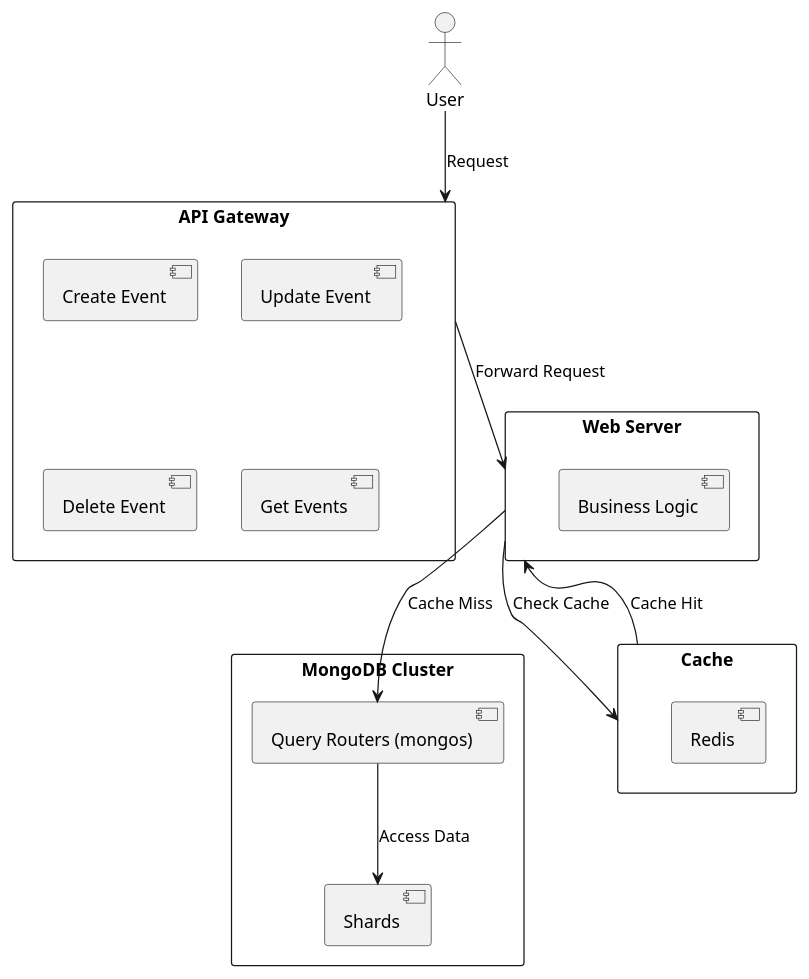
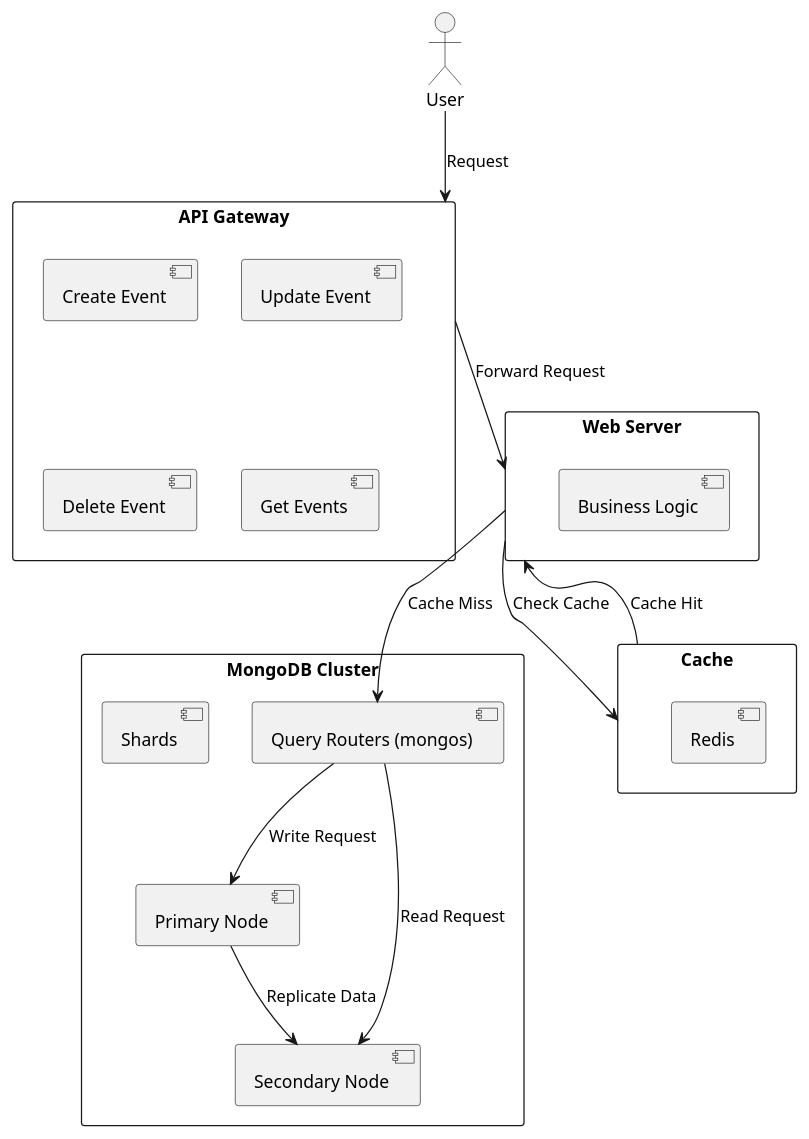
The diagram in high_traffic_calendar/high_traffic_calendar_data_flow.puml (huangyingw/system_design), drawn with PlantUML before and after one commit.

```diff
--- a/high_traffic_calendar/high_traffic_calendar_data_flow.puml
+++ b/high_traffic_calendar/high_traffic_calendar_data_flow.puml
@@ -1,32 +1,36 @@
 @startuml
 
 actor User
 
 rectangle "API Gateway" {
   [Create Event]
   [Update Event]
   [Delete Event]
   [Get Events]
 }
 
 rectangle "Web Server" {
   [Business Logic]
 }
 
 rectangle "MongoDB Cluster" {
   [Query Routers (mongos)]
   [Shards]
+  [Primary Node]
+  [Secondary Node]
 }
 
 rectangle "Cache" {
   [Redis]
 }
 
 User --> "API Gateway": Request
 "API Gateway" --> "Web Server": Forward Request
 "Web Server" --> "Cache": Check Cache
 "Cache" --> "Web Server": Cache Hit
 "Web Server" --> "Query Routers (mongos)": Cache Miss
-"Query Routers (mongos)" --> "Shards": Access Data
+"Query Routers (mongos)" --> "Secondary Node": Read Request
+"Query Routers (mongos)" --> "Primary Node": Write Request
+"Primary Node" --> "Secondary Node": Replicate Data
 
 @enduml
```
